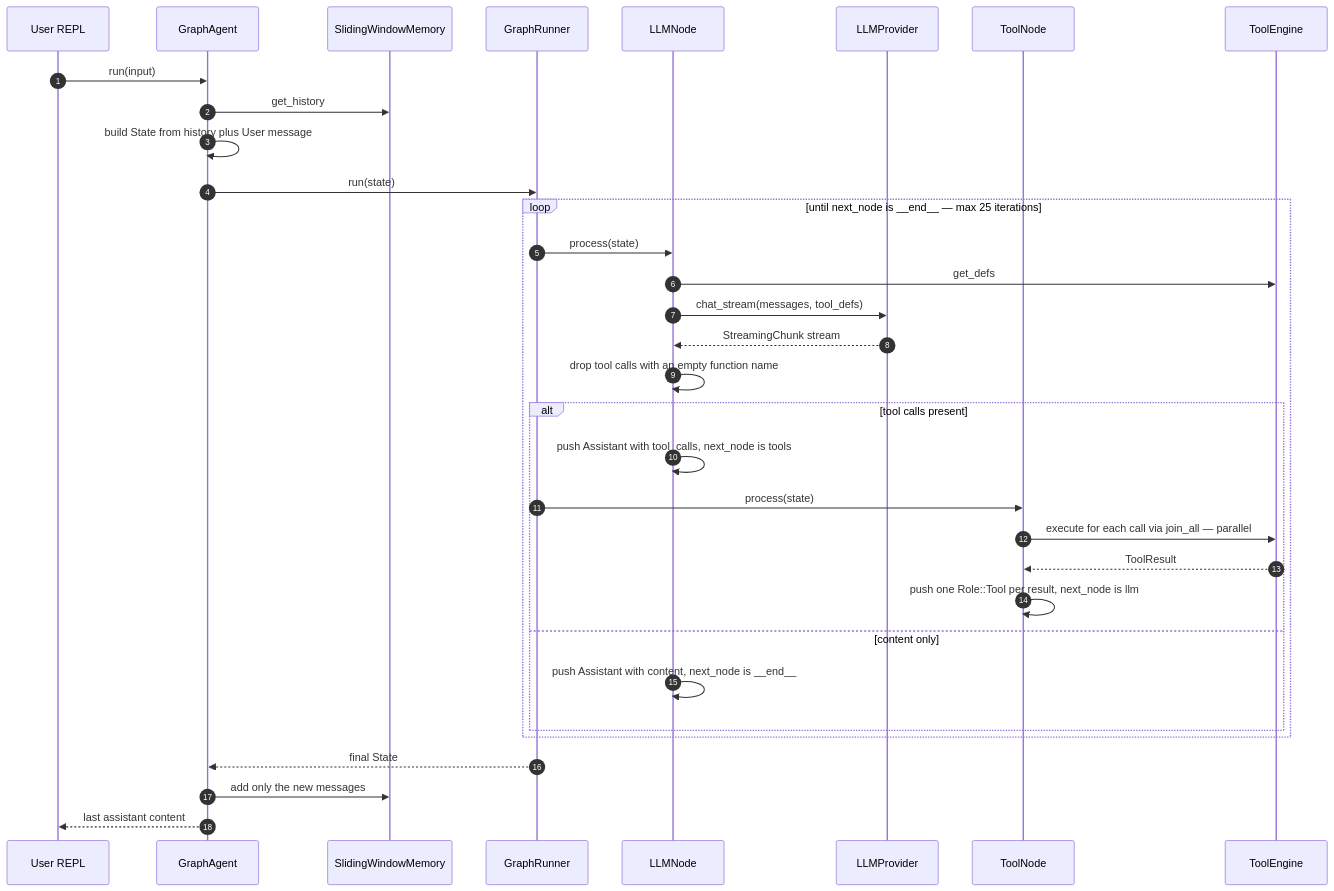
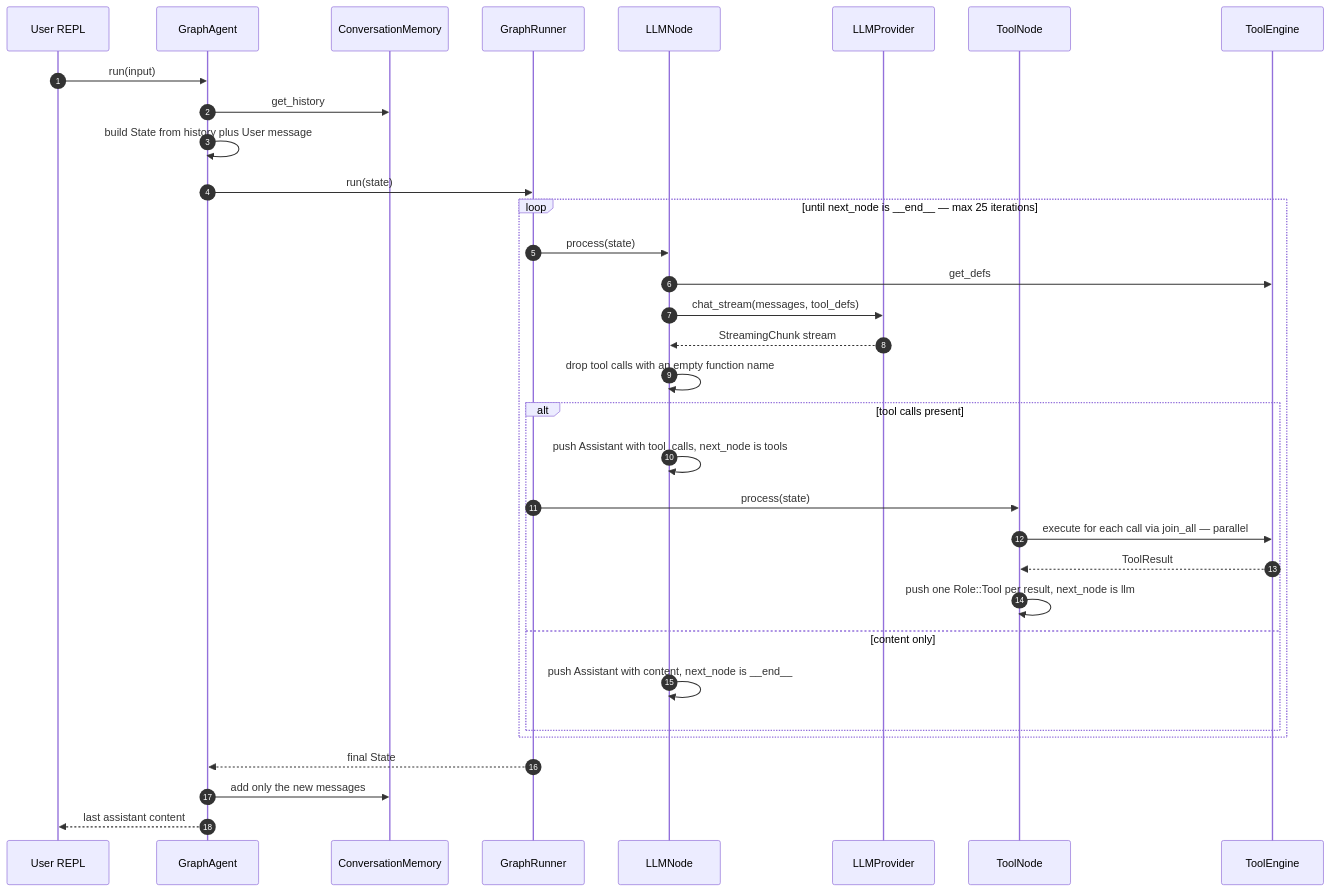
One commit to JacobRyu/ai-agent-rs changed the fourth of 7 diagrams in docs/architecture.md. Above: the diagram before and after it, drawn with Mermaid. The commit also changed other lines of this file and 12 other files, not shown here.

First line of the commit message:
feat(memory): wire SummaryMemory into GraphAgent

````diff
--- a/docs/architecture.md
+++ b/docs/architecture.md
@@ -234,36 +239,36 @@
 ```mermaid
 sequenceDiagram
     autonumber
     participant U as User REPL
     participant A as GraphAgent
-    participant M as SlidingWindowMemory
+    participant M as ConversationMemory
     participant R as GraphRunner
     participant L as LLMNode
     participant P as LLMProvider
     participant T as ToolNode
     participant E as ToolEngine
 
     U->>A: run(input)
     A->>M: get_history
     A->>A: build State from history plus User message
     A->>R: run(state)
     loop until next_node is __end__ — max 25 iterations
         R->>L: process(state)
         L->>E: get_defs
         L->>P: chat_stream(messages, tool_defs)
         P-->>L: StreamingChunk stream
         L->>L: drop tool calls with an empty function name
         alt tool calls present
             L->>L: push Assistant with tool_calls, next_node is tools
             R->>T: process(state)
             T->>E: execute for each call via join_all — parallel
             E-->>T: ToolResult
             T->>T: push one Role::Tool per result, next_node is llm
         else content only
             L->>L: push Assistant with content, next_node is __end__
         end
     end
     R-->>A: final State
     A->>M: add only the new messages
     A-->>U: last assistant content
 ```
````
